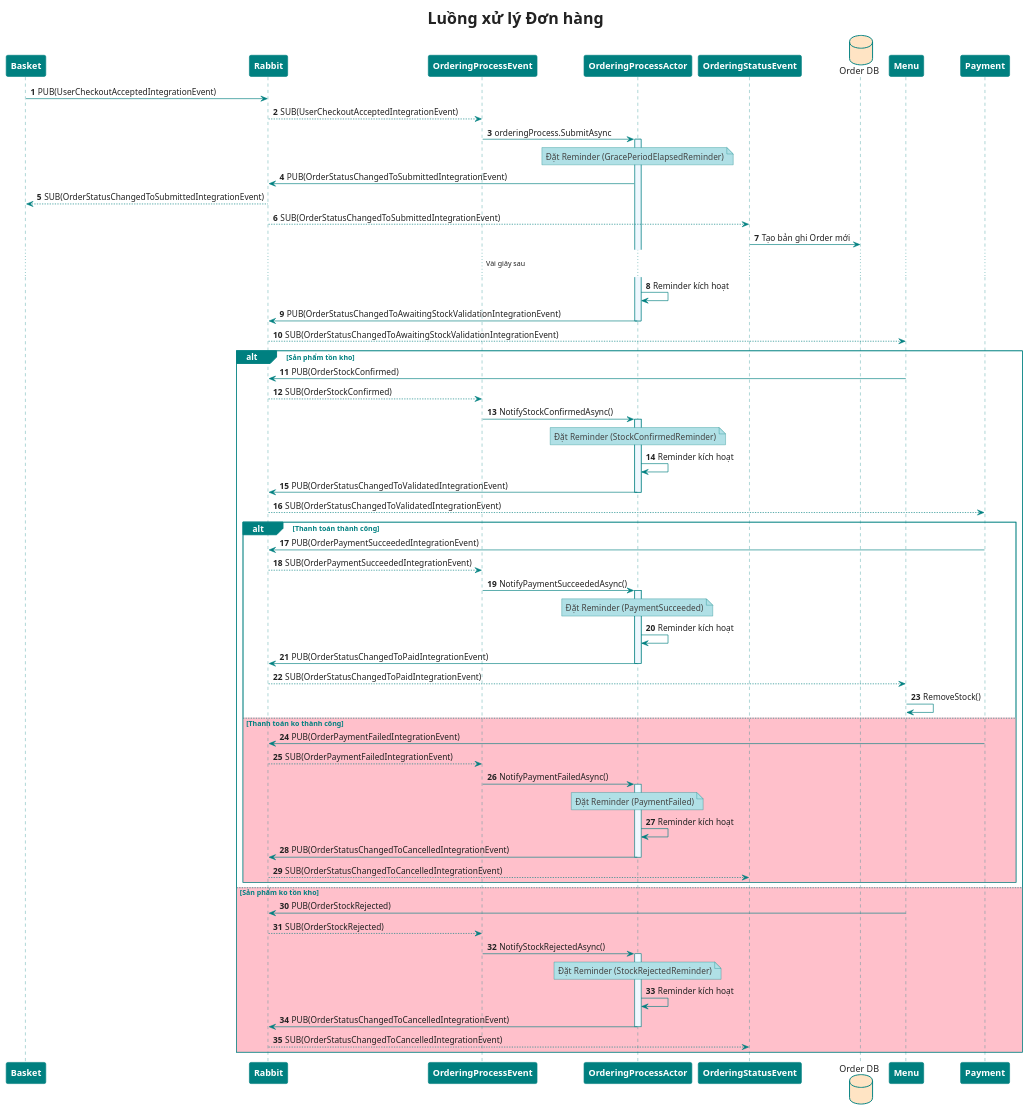
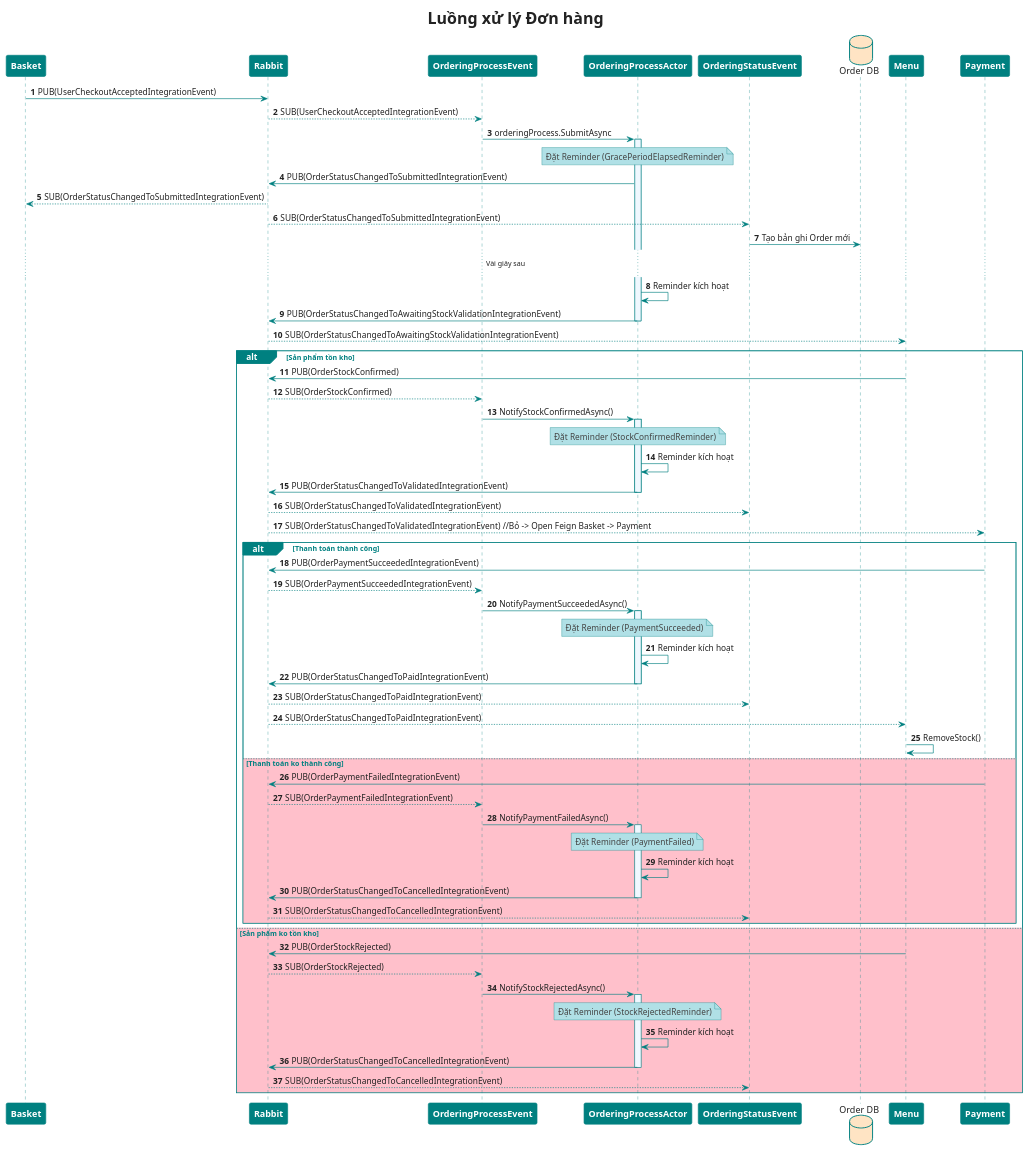
Before and after one commit to MinhTrinh04/Beef-Restaurant: the diagram in Backend/SEQ/Order/ResolvingOrder.puml, drawn with PlantUML. The commit also changed 8 other files, not shown here.

```diff
--- a/Backend/SEQ/Order/ResolvingOrder.puml
+++ b/Backend/SEQ/Order/ResolvingOrder.puml
@@ -1,114 +1,116 @@
 @startuml
 'https://plantuml.com/sequence-diagram
 skinparam shadowing false
 skinparam responseMessageBelowArrow false
 skinparam DefaultFontColor #222
 skinparam TitleFontSize 25
 skinparam NoteBorderColor #teal
 skinparam NoteBackgroundColor #powderblue
 skinparam NoteFontColor 444
 skinparam DatabaseBorderColor #teal
 skinparam DatabaseBackgroundColor #bisque
 skinparam sequence {
 ParticipantBorderThickness 1
 ParticipantBorderColor #teal
 ParticipantBackgroundColor #teal
 ParticipantFontColor #white
 ParticipantFontSize 14
 ParticipantFontStyle bold
 LifeLineBorderColor #teal
 LifeLineBackgroundColor #aliceblue
 ArrowColor #teal
 ActorBorderColor #teal
 GroupBorderThickness 1
 GroupBorderColor #teal
 GroupHeaderFontColor #white
 GroupBackgroundColor #teal
 GroupFontColor #teal
 ReferenceBorderThickness 1
 ReferenceBorderColor #teal
 ReferenceBackgroundColor #aliceblue
 ReferenceHeaderBackgroundColor #white
 ReferenceFontColor #teal
 }
 autonumber
 
 title Luồng xử lý Đơn hàng
 
 participant "Basket" as Basket
 participant "Rabbit" as MQ
 participant "OrderingProcessEvent" as OPE
 participant "OrderingProcessActor" as Actor
 participant "OrderingStatusEvent" as OSE
 database "Order DB" as DB
 participant "Menu" as Menu
 participant "Payment" as Payment
 
     Basket -> MQ: PUB(UserCheckoutAcceptedIntegrationEvent)
     MQ --> OPE: SUB(UserCheckoutAcceptedIntegrationEvent)
     OPE -> Actor: orderingProcess.SubmitAsync
     activate Actor
     note over Actor: Đặt Reminder (GracePeriodElapsedReminder)
     Actor -> MQ: PUB(OrderStatusChangedToSubmittedIntegrationEvent)
 
     MQ --> Basket: SUB(OrderStatusChangedToSubmittedIntegrationEvent)
     MQ --> OSE: SUB(OrderStatusChangedToSubmittedIntegrationEvent)
     OSE -> DB: Tạo bản ghi Order mới
 
     ... Vài giây sau ...
     Actor -> Actor: Reminder kích hoạt
     Actor -> MQ: PUB(OrderStatusChangedToAwaitingStockValidationIntegrationEvent)
     deactivate Actor
     
     MQ --> Menu: SUB(OrderStatusChangedToAwaitingStockValidationIntegrationEvent)
 
 alt Sản phẩm tồn kho
     Menu -> MQ: PUB(OrderStockConfirmed)
     MQ --> OPE: SUB(OrderStockConfirmed)
     OPE -> Actor: NotifyStockConfirmedAsync()
     activate Actor
     note over Actor: Đặt Reminder (StockConfirmedReminder)
     Actor -> Actor: Reminder kích hoạt
     Actor -> MQ: PUB(OrderStatusChangedToValidatedIntegrationEvent)
     deactivate Actor
-    MQ --> Payment: SUB(OrderStatusChangedToValidatedIntegrationEvent)
+    MQ --> OSE: SUB(OrderStatusChangedToValidatedIntegrationEvent)
+    MQ --> Payment: SUB(OrderStatusChangedToValidatedIntegrationEvent) //Bỏ -> Open Feign Basket -> Payment
 
     alt Thanh toán thành công
         Payment -> MQ: PUB(OrderPaymentSucceededIntegrationEvent)
         MQ --> OPE: SUB(OrderPaymentSucceededIntegrationEvent)
         OPE -> Actor: NotifyPaymentSucceededAsync()
         activate Actor
             note over Actor: Đặt Reminder (PaymentSucceeded)
             Actor -> Actor: Reminder kích hoạt
             Actor -> MQ: PUB(OrderStatusChangedToPaidIntegrationEvent)
         deactivate Actor
+        MQ --> OSE: SUB(OrderStatusChangedToPaidIntegrationEvent)
         MQ --> Menu: SUB(OrderStatusChangedToPaidIntegrationEvent)
         Menu -> Menu: RemoveStock()
 
 
     else #Pink Thanh toán ko thành công
     Payment -> MQ: PUB(OrderPaymentFailedIntegrationEvent)
     MQ--> OPE: SUB(OrderPaymentFailedIntegrationEvent)
     OPE -> Actor: NotifyPaymentFailedAsync()
     activate Actor
     note over Actor: Đặt Reminder (PaymentFailed)
     Actor -> Actor: Reminder kích hoạt
     Actor -> MQ: PUB(OrderStatusChangedToCancelledIntegrationEvent)
     deactivate Actor
     MQ--> OSE: SUB(OrderStatusChangedToCancelledIntegrationEvent)
 
     end
 
 else #Pink Sản phẩm ko tồn kho
     Menu -> MQ: PUB(OrderStockRejected)
     MQ --> OPE: SUB(OrderStockRejected)
     OPE -> Actor: NotifyStockRejectedAsync()
     activate Actor
     note over Actor: Đặt Reminder (StockRejectedReminder)
     Actor -> Actor: Reminder kích hoạt
     Actor -> MQ: PUB(OrderStatusChangedToCancelledIntegrationEvent)
     deactivate Actor
     MQ --> OSE: SUB(OrderStatusChangedToCancelledIntegrationEvent)
 end
 
 @enduml
```
